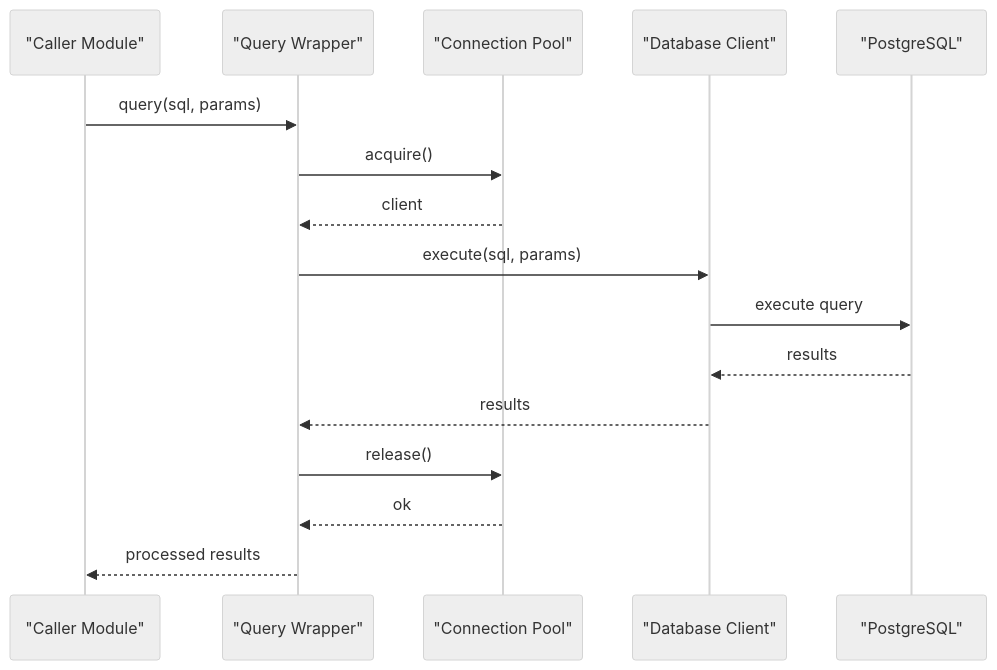
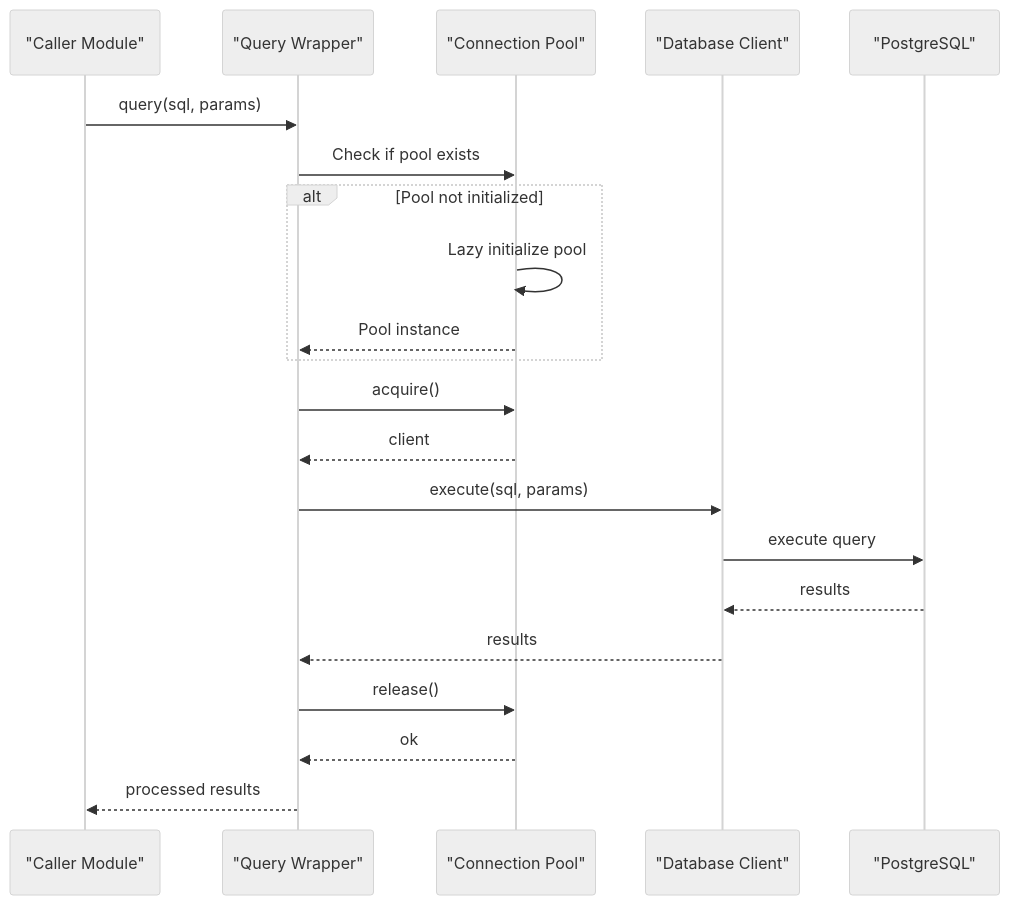
The fifth of 7 diagrams in .qoder/repowiki/en/content/Database Design/Connection Management.md (RunTimeAdmin/AgentID), drawn with Mermaid (neutral theme) before and after one commit. The commit also changed other lines of this file and 8 other files, not shown here.

````diff
--- a/.qoder/repowiki/en/content/Database Design/Connection Management.md
+++ b/.qoder/repowiki/en/content/Database Design/Connection Management.md
@@ -249,18 +283,23 @@
 ```mermaid
 sequenceDiagram
 participant Caller as "Caller Module"
 participant Query as "Query Wrapper"
 participant Pool as "Connection Pool"
 participant Client as "Database Client"
 participant DB as "PostgreSQL"
 Caller->>Query : query(sql, params)
+Query->>Pool : Check if pool exists
+alt Pool not initialized
+Pool->>Pool : Lazy initialize pool
+Pool-->>Query : Pool instance
+end
 Query->>Pool : acquire()
 Pool-->>Query : client
 Query->>Client : execute(sql, params)
 Client->>DB : execute query
 DB-->>Client : results
 Client-->>Query : results
 Query->>Pool : release()
 Pool-->>Query : ok
 Query-->>Caller : processed results
 ```
````
